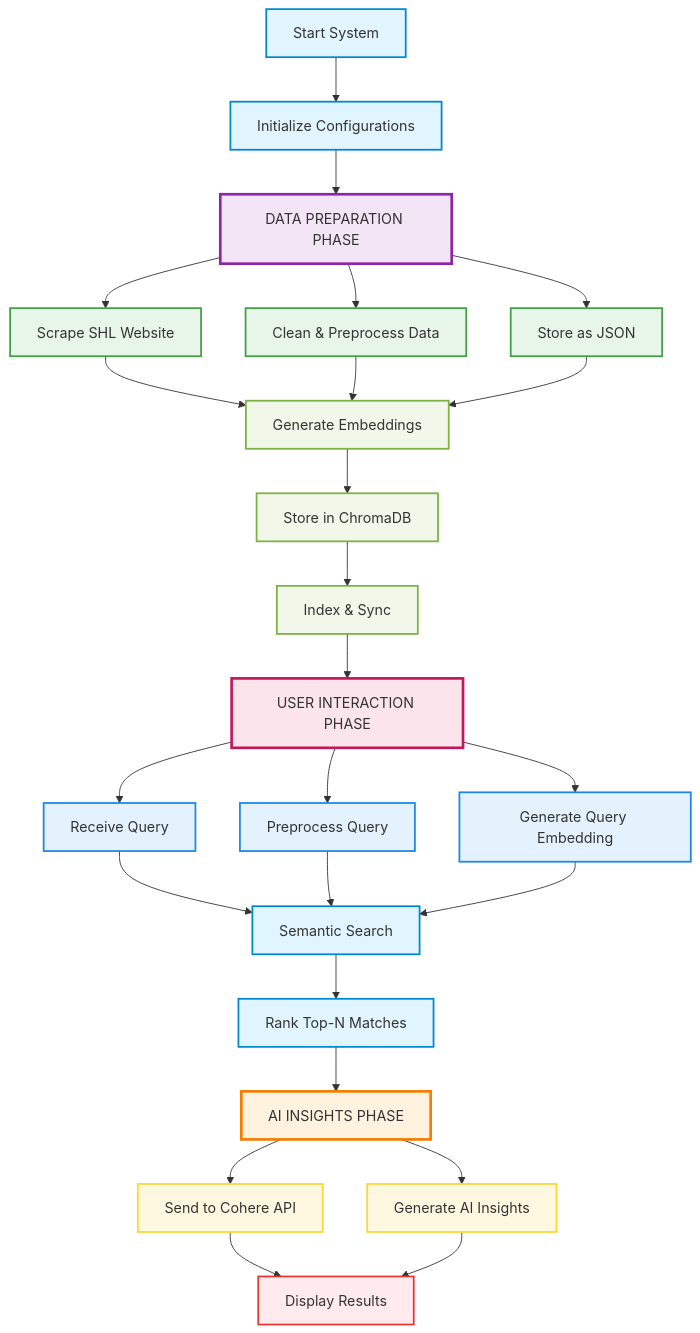
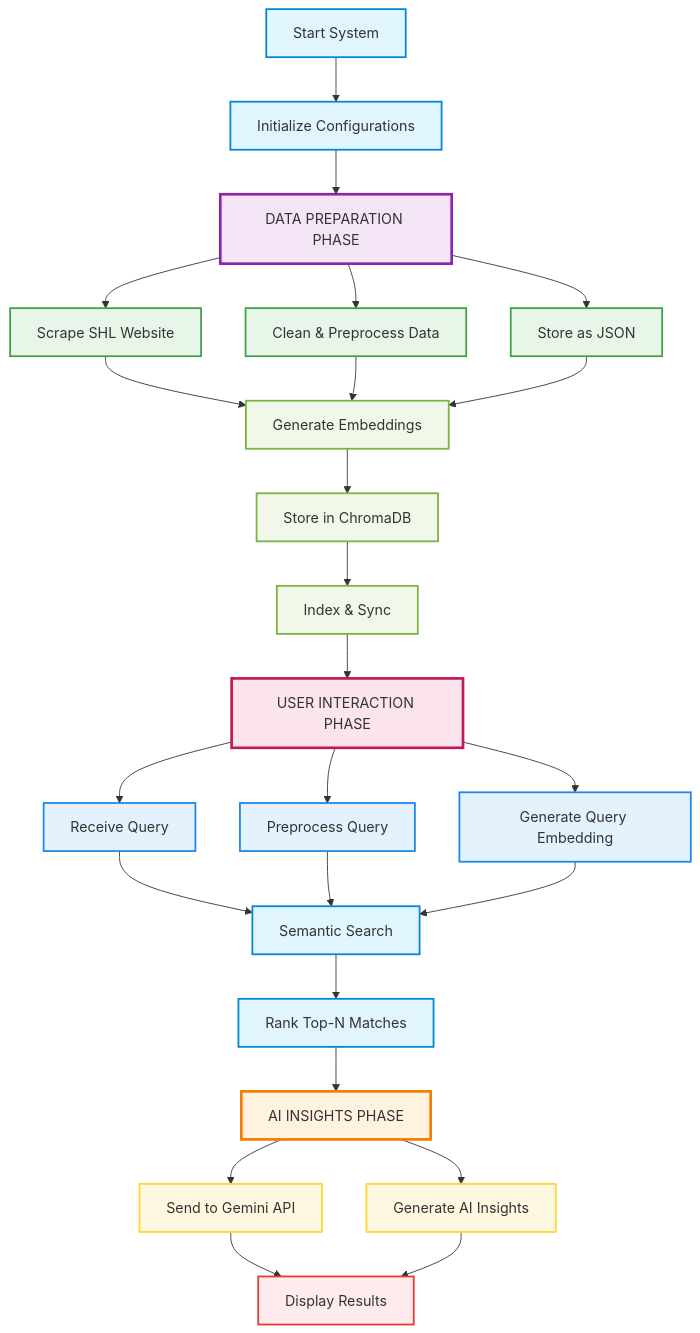
The diagram in README.md (Abiads/SHL-Assessment-Recommender), drawn with Mermaid before and after one commit. The commit also changed other lines of this file, not shown here.

````diff
--- a/README.md
+++ b/README.md
@@ -37,54 +36,54 @@
 ``` mermaid
 graph TB
     %% INITIALIZATION %%
     Start[Start System] --> Config[Initialize Configurations]
     
     %% DATA PREPARATION %%
     Config --> PrepPhase[DATA PREPARATION PHASE]
     PrepPhase --> Row1A[Scrape SHL Website]
     PrepPhase --> Row1B[Clean & Preprocess Data]
     PrepPhase --> Row1C[Store as JSON]
     Row1A --> Row2A[Generate Embeddings]
     Row1B --> Row2A
     Row1C --> Row2A
     Row2A --> Row2B[Store in ChromaDB]
     Row2B --> Row2C[Index & Sync]
     
     %% USER INTERACTION %%
     Row2C --> QueryPhase[USER INTERACTION PHASE]
     QueryPhase --> Row3A[Receive Query]
     QueryPhase --> Row3B[Preprocess Query]
     QueryPhase --> Row3C[Generate Query Embedding]
     Row3A --> Row4A[Semantic Search]
     Row3B --> Row4A
     Row3C --> Row4A
     Row4A --> Row4B[Rank Top-N Matches]
     
     %% INSIGHTS %%
     Row4B --> InsightPhase[AI INSIGHTS PHASE]
-    InsightPhase --> Row5A[Send to Cohere API]
+    InsightPhase --> Row5A[Send to Gemini API]
     InsightPhase --> Row5B[Generate AI Insights]
     Row5A --> End[Display Results]
     Row5B --> End
     
     %% STYLING %%
     style Start fill:#e1f5fe,stroke:#0288d1,stroke-width:2px
     style Config fill:#e1f5fe,stroke:#0288d1,stroke-width:2px
     style PrepPhase fill:#f3e5f5,stroke:#8e24aa,stroke-width:3px
     style QueryPhase fill:#fce4ec,stroke:#c2185b,stroke-width:3px
     style InsightPhase fill:#fff3e0,stroke:#f57c00,stroke-width:3px
     style Row1A fill:#e8f5e9,stroke:#43a047,stroke-width:2px
     style Row1B fill:#e8f5e9,stroke:#43a047,stroke-width:2px
     style Row1C fill:#e8f5e9,stroke:#43a047,stroke-width:2px
     style Row2A fill:#f1f8e9,stroke:#7cb342,stroke-width:2px
     style Row2B fill:#f1f8e9,stroke:#7cb342,stroke-width:2px
     style Row2C fill:#f1f8e9,stroke:#7cb342,stroke-width:2px
     style Row3A fill:#e3f2fd,stroke:#1e88e5,stroke-width:2px
     style Row3B fill:#e3f2fd,stroke:#1e88e5,stroke-width:2px
     style Row3C fill:#e3f2fd,stroke:#1e88e5,stroke-width:2px
     style Row4A fill:#e1f5fe,stroke:#0288d1,stroke-width:2px
     style Row4B fill:#e1f5fe,stroke:#0288d1,stroke-width:2px
     style Row5A fill:#fff8e1,stroke:#fdd835,stroke-width:2px
     style Row5B fill:#fff8e1,stroke:#fdd835,stroke-width:2px
     style End fill:#ffebee,stroke:#e53935,stroke-width:2px
 ```
````
